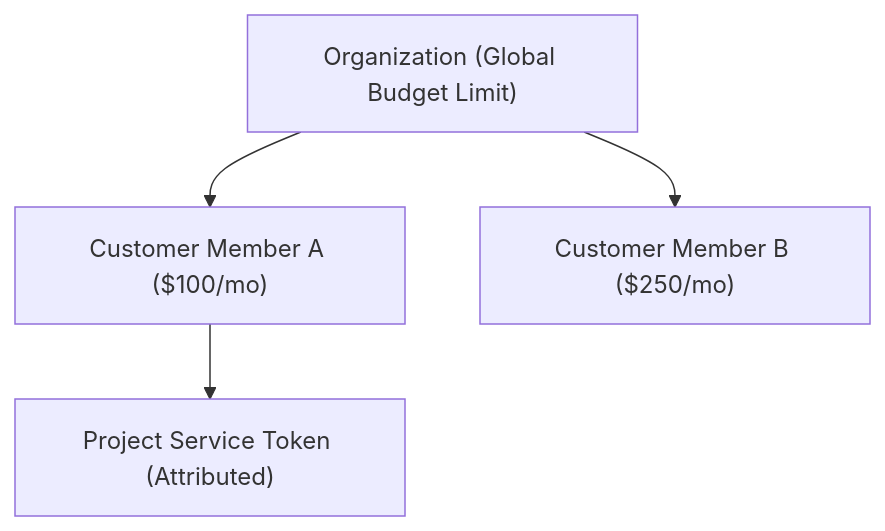
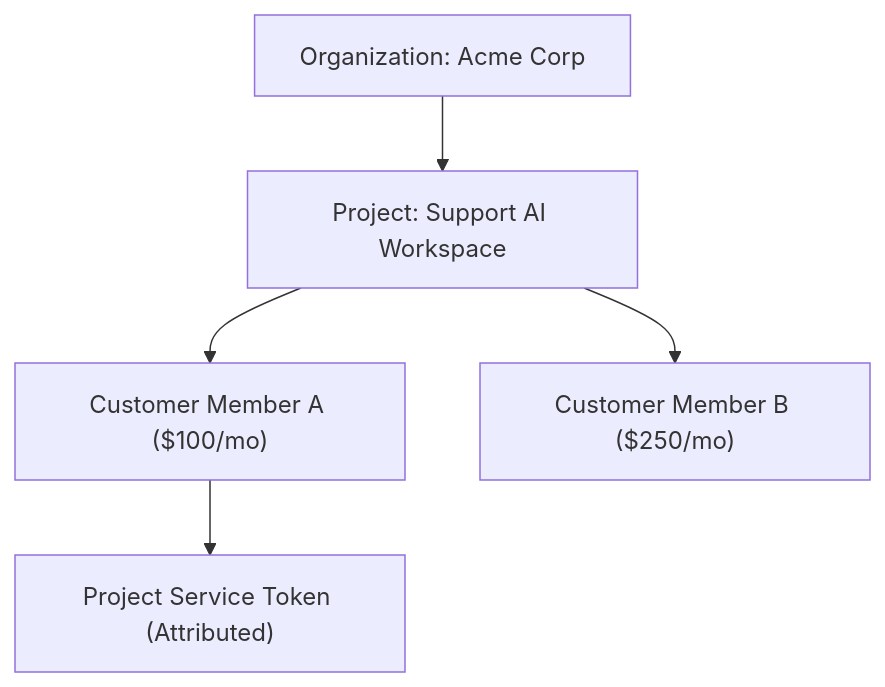
Before and after one commit to bhakha-services/naagmani-docs: the diagram in docs/developer-portal/members.md, drawn with Mermaid. The commit also changed other lines of this file and 18 other files, not shown here.

````diff
--- a/docs/developer-portal/members.md
+++ b/docs/developer-portal/members.md
@@ -7,7 +11,8 @@
 ```mermaid
 graph TD
-    Org["Organization (Global Budget Limit)"]
-    Org --> MemberA["Customer Member A ($100/mo)"]
-    Org --> MemberB["Customer Member B ($250/mo)"]
+    Org["Organization: Acme Corp"]
+    Org --> Project["Project: Support AI Workspace"]
+    Project --> MemberA["Customer Member A ($100/mo)"]
+    Project --> MemberB["Customer Member B ($250/mo)"]
     MemberA --> PST["Project Service Token (Attributed)"]
 ```
````
